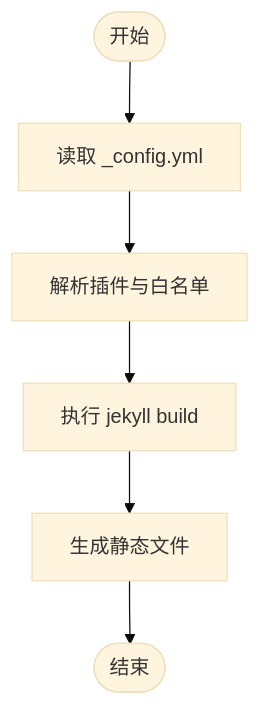
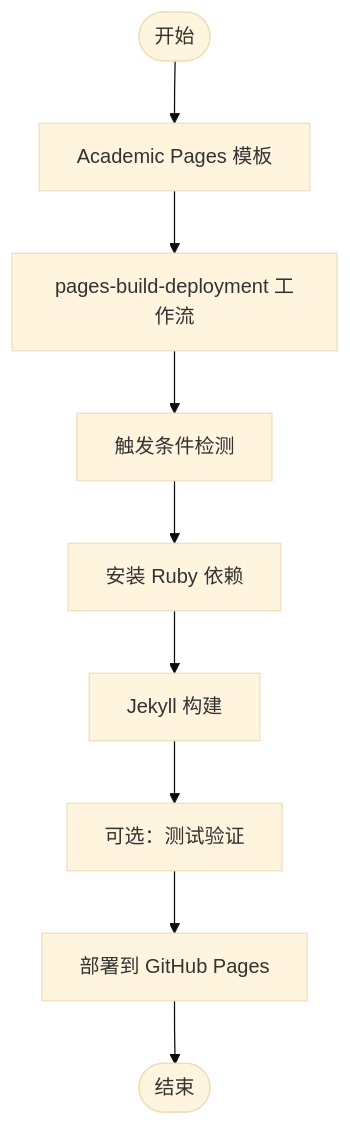
Before and after one commit to CoolPig0720/CoolPig0720.github.io: the third of 6 diagrams in .qoder/repowiki/zh/content/部署和维护/CI_CD 工作流程.md, drawn with Mermaid (base theme). The commit also changed other lines of this file and 36 other files, not shown here.

````diff
--- a/.qoder/repowiki/zh/content/部署和维护/CI_CD 工作流程.md
+++ b/.qoder/repowiki/zh/content/部署和维护/CI_CD 工作流程.md
@@ -142,8 +130,11 @@
 ```mermaid
 flowchart TD
-Start(["开始"]) --> LoadConfig["读取 _config.yml"]
-LoadConfig --> ResolvePlugins["解析插件与白名单"]
-ResolvePlugins --> BuildSite["执行 jekyll build"]
-BuildSite --> Output["生成静态文件"]
-Output --> End(["结束"])
+Start(["开始"]) --> Template["Academic Pages 模板"]
+Template --> Workflow["pages-build-deployment 工作流"]
+Workflow --> Trigger["触发条件检测"]
+Trigger --> Install["安装 Ruby 依赖"]
+Install --> Build["Jekyll 构建"]
+Build --> Test["可选：测试验证"]
+Test --> Deploy["部署到 GitHub Pages"]
+Deploy --> End(["结束"])
 ```
````
